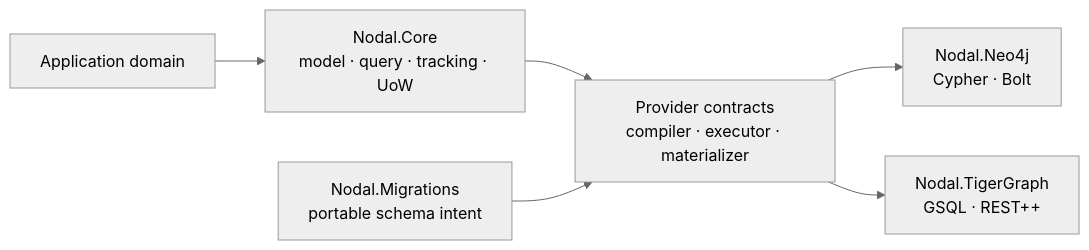
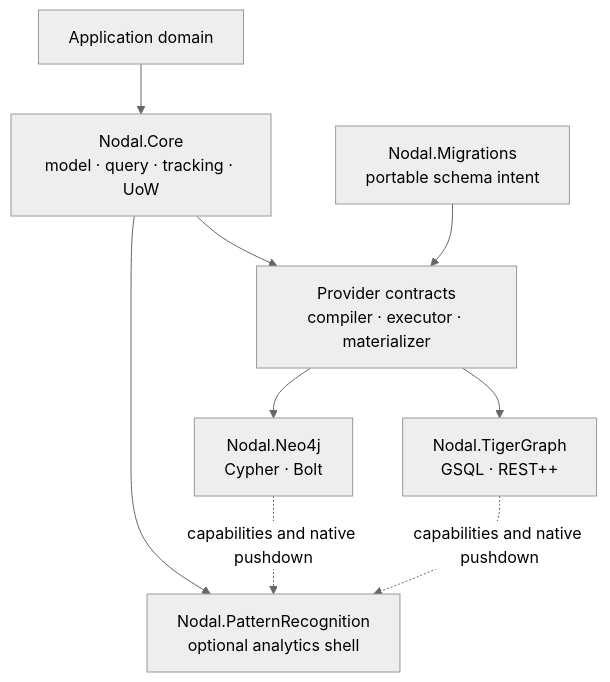
The diagram in website/docs/architecture.md (Greenstone-Research-Lab/NodalFramework), drawn with Mermaid (neutral theme) before and after one commit. The commit also changed other lines of this file and 25 other files, not shown here.

Commit message:
feat: start pattern recognition analytics shell

````diff
--- a/website/docs/architecture.md
+++ b/website/docs/architecture.md
@@ -8,8 +8,11 @@
 ```mermaid
-flowchart LR
+flowchart TB
   App["Application domain"] --> Core["Nodal.Core\nmodel · query · tracking · UoW"]
   Core --> Contract["Provider contracts\ncompiler · executor · materializer"]
   Contract --> Neo["Nodal.Neo4j\nCypher · Bolt"]
   Contract --> Tiger["Nodal.TigerGraph\nGSQL · REST++"]
   Migrations["Nodal.Migrations\nportable schema intent"] --> Contract
+  Core --> Pattern["Nodal.PatternRecognition\noptional analytics shell"]
+  Neo -. "capabilities and native pushdown" .-> Pattern
+  Tiger -. "capabilities and native pushdown" .-> Pattern
 ```
````
